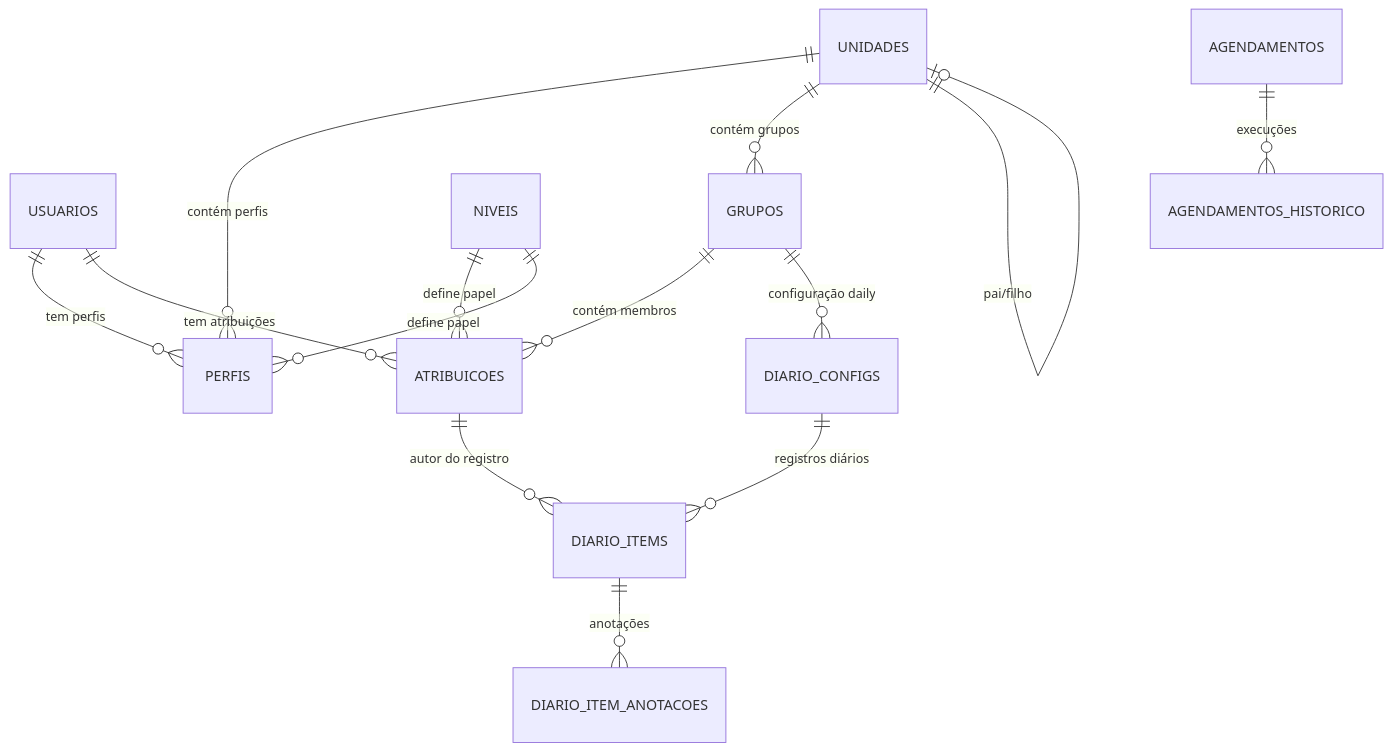
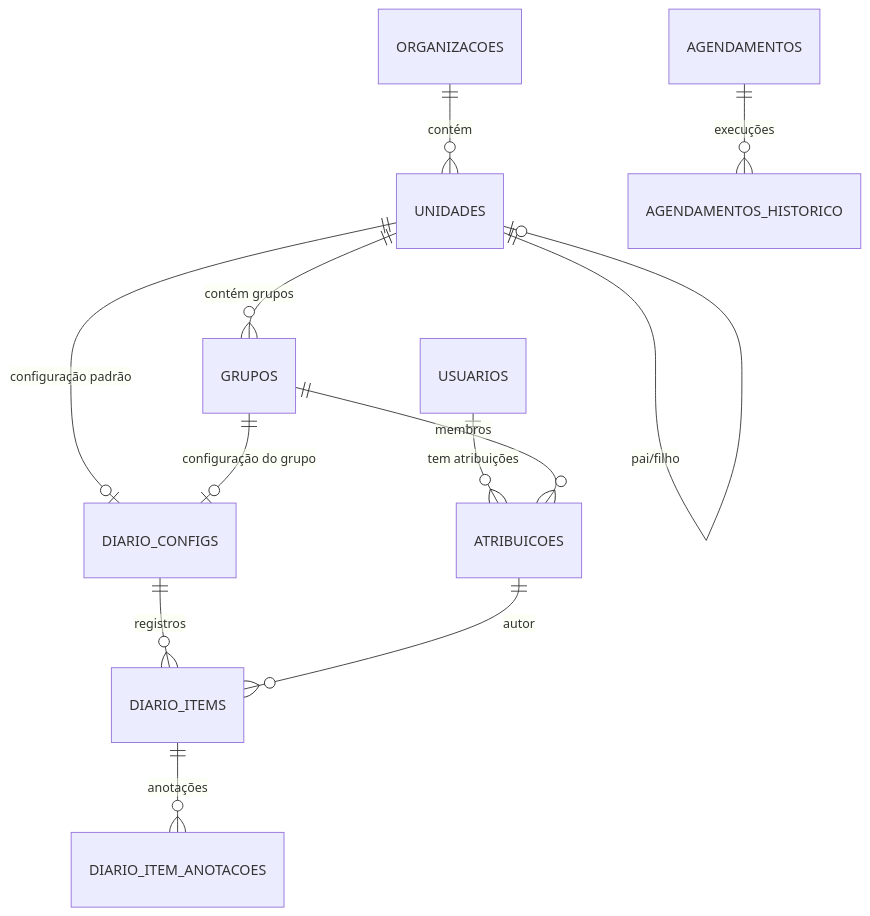
One commit to matheusmmcs/goal-getter-backend changed the diagram in AGENTS.md. Above: the diagram before and after it, drawn with Mermaid. The commit also changed other lines of this file and 35 other files, not shown here.

````diff
--- a/AGENTS.md
+++ b/AGENTS.md
@@ -298,16 +71,14 @@
 ```mermaid
 erDiagram
-    USUARIOS ||--o{ PERFIS : "tem perfis"
+    ORGANIZACOES ||--o{ UNIDADES : "contém"
+    UNIDADES ||--o| UNIDADES : "pai/filho"
+    UNIDADES ||--o{ GRUPOS : "contém grupos"
+    UNIDADES ||--o| DIARIO_CONFIGS : "configuração padrão"
+    GRUPOS ||--o| DIARIO_CONFIGS : "configuração do grupo"
     USUARIOS ||--o{ ATRIBUICOES : "tem atribuições"
-    UNIDADES ||--o{ PERFIS : "contém perfis"
-    UNIDADES ||--o{ GRUPOS : "contém grupos"
-    UNIDADES ||--o| UNIDADES : "pai/filho"
-    GRUPOS ||--o{ ATRIBUICOES : "contém membros"
-    GRUPOS ||--o{ DIARIO_CONFIGS : "configuração daily"
-    NIVEIS ||--o{ ATRIBUICOES : "define papel"
-    NIVEIS ||--o{ PERFIS : "define papel"
-    DIARIO_CONFIGS ||--o{ DIARIO_ITEMS : "registros diários"
-    ATRIBUICOES ||--o{ DIARIO_ITEMS : "autor do registro"
+    GRUPOS ||--o{ ATRIBUICOES : "membros"
+    DIARIO_CONFIGS ||--o{ DIARIO_ITEMS : "registros"
+    ATRIBUICOES ||--o{ DIARIO_ITEMS : "autor"
     DIARIO_ITEMS ||--o{ DIARIO_ITEM_ANOTACOES : "anotações"
     AGENDAMENTOS ||--o{ AGENDAMENTOS_HISTORICO : "execuções"
 ```
````
